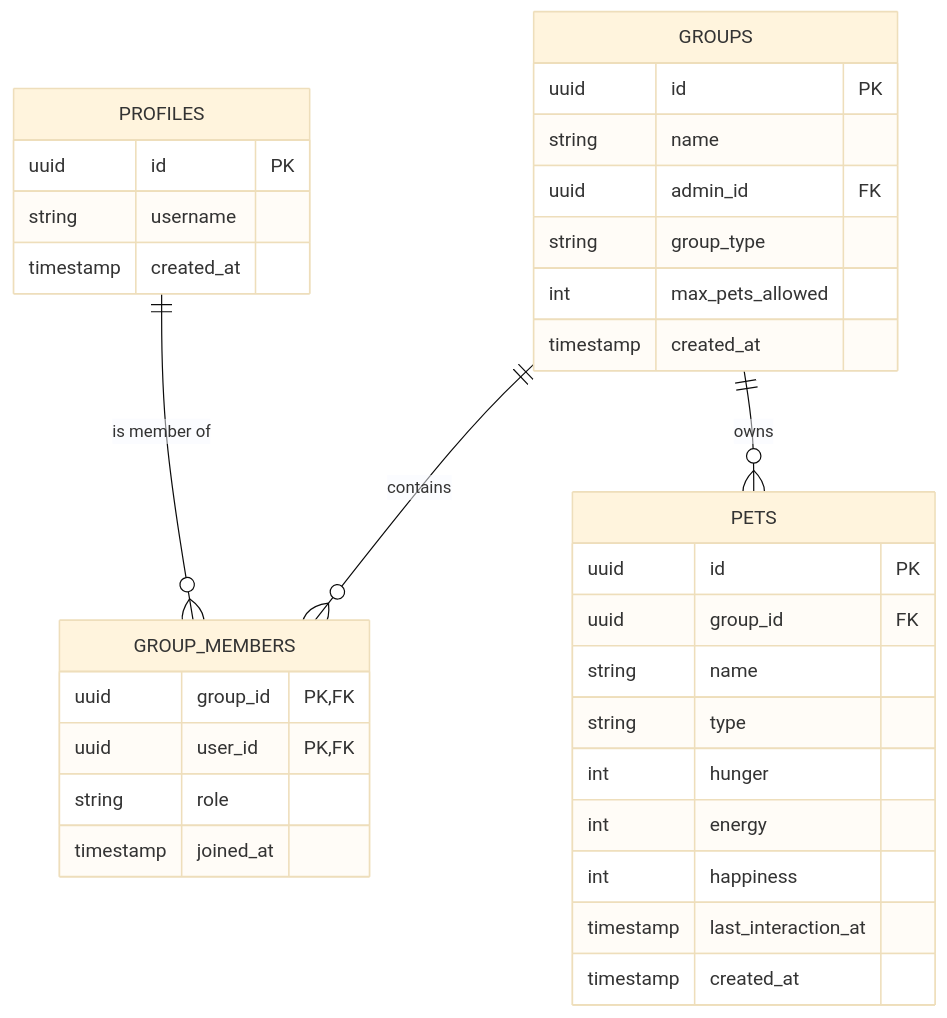
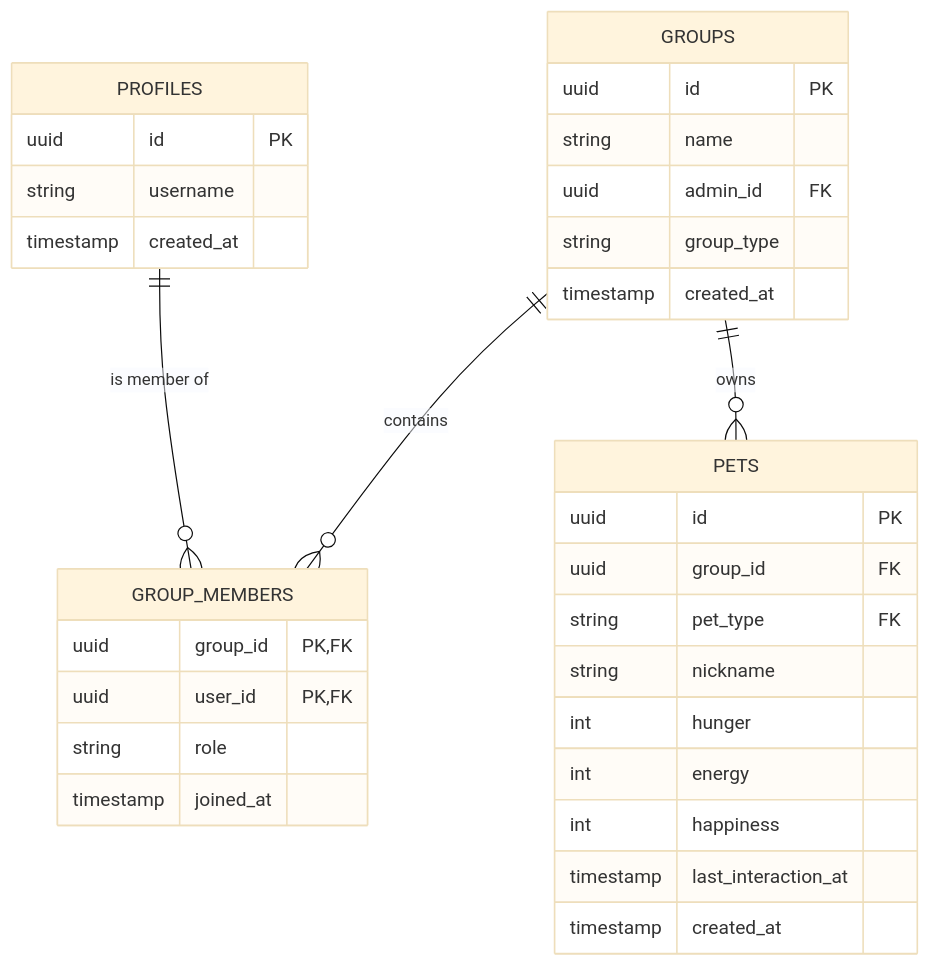
One commit to TheMrCorvy/HATCH.REF changed the second of 2 diagrams in Documentation/Ownership/01-ownership-model-overview.md. Above: the diagram before and after it, drawn with Mermaid (base theme). The commit also changed other lines of this file and 11 other files, not shown here.

````diff
--- a/Documentation/Ownership/01-ownership-model-overview.md
+++ b/Documentation/Ownership/01-ownership-model-overview.md
@@ -36,40 +36,39 @@
 ```mermaid
 erDiagram
     PROFILES ||--o{ GROUP_MEMBERS : "is member of"
     GROUPS ||--o{ GROUP_MEMBERS : "contains"
     GROUPS ||--o{ PETS : "owns"
     
     PROFILES {
         uuid id PK
         string username
         timestamp created_at
     }
     
     GROUPS {
         uuid id PK
         string name
         uuid admin_id FK
         string group_type
-        int max_pets_allowed
         timestamp created_at
     }
     
     GROUP_MEMBERS {
         uuid group_id PK, FK
         uuid user_id PK, FK
         string role
         timestamp joined_at
     }
     
     PETS {
         uuid id PK
         uuid group_id FK
-        string name
-        string type
+        string pet_type FK
+        string nickname
         int hunger
         int energy
         int happiness
         timestamp last_interaction_at
         timestamp created_at
     }
 ```
````
